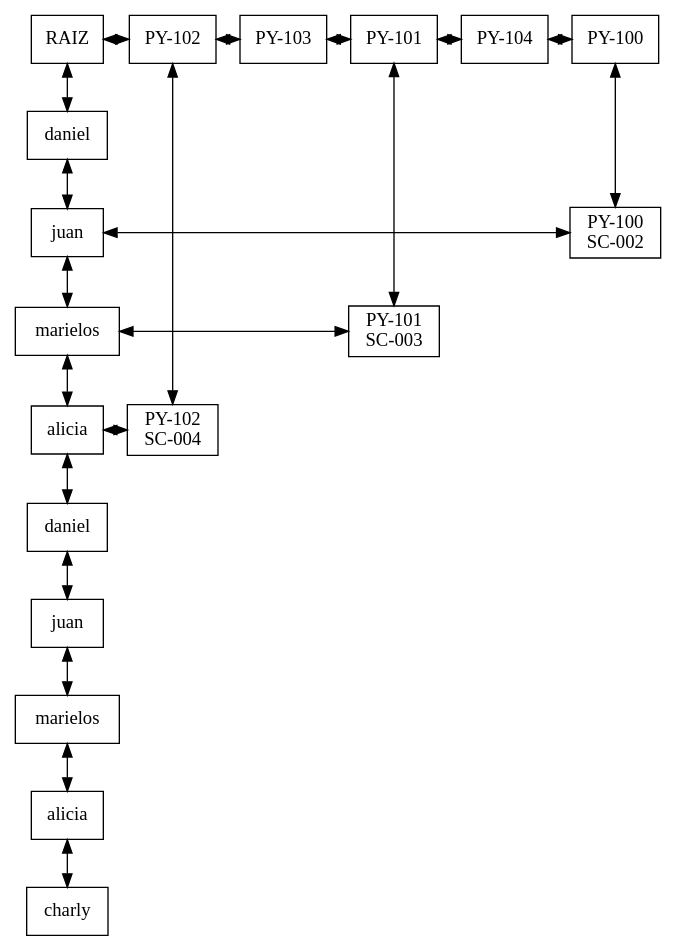
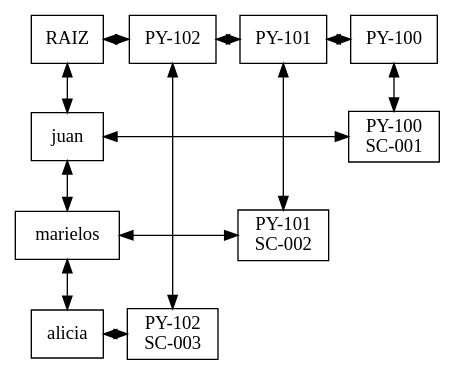
The diagram in EDD_PY1_FASE1/matriz.dot (DDanielABF/EDD_2S2023_PY1_202004783), drawn with Graphviz before and after one commit. The commit also changed 18 other files, not shown here.

```diff
--- a/EDD_PY1_FASE1/matriz.dot
+++ b/EDD_PY1_FASE1/matriz.dot
@@ -1,62 +1,34 @@
 digraph MatrizCapa{ 
  node[shape=box] 
  rankdir=UD;
 {rank=same; 
-nodo0xef1c50[label="RAIZ\n" ,group=0]; 
-nodo0xef6610[label="PY-102" ,group=1]; 
-nodo0xef6660[label="PY-103" ,group=2]; 
-nodo0xef66b0[label="PY-101" ,group=3]; 
-nodo0xef6700[label="PY-104" ,group=4]; 
-nodo0xef6750[label="PY-100" ,group=5]; 
+nodo0x711c50[label="RAIZ\n" ,group=0]; 
+nodo0x711eb0[label="PY-102" ,group=1]; 
+nodo0x7166f0[label="PY-101" ,group=2]; 
+nodo0x716740[label="PY-100" ,group=3]; 
 } 
 {rank=same; 
-nodo0xef67a0[label="daniel" ,group=0]; 
+nodo0x716790[label="juan" ,group=0]; 
+nodo0x716880[label="PY-100\nSC-001" ,group=3]; 
 } 
 {rank=same; 
-nodo0xef6a60[label="juan" ,group=0]; 
-nodo0xef6b50[label="PY-100\nSC-002" ,group=5]; 
+nodo0x7167e0[label="marielos" ,group=0]; 
+nodo0x7168d0[label="PY-101\nSC-002" ,group=2]; 
 } 
 {rank=same; 
-nodo0xef6ab0[label="marielos" ,group=0]; 
-nodo0xef71e0[label="PY-101\nSC-003" ,group=3]; 
+nodo0x716830[label="alicia" ,group=0]; 
+nodo0x716920[label="PY-102\nSC-003" ,group=1]; 
 } 
-{rank=same; 
-nodo0xef6b00[label="alicia" ,group=0]; 
-nodo0xef6ce0[label="PY-102\nSC-004" ,group=1]; 
+nodo0x711c50 -> nodo0x711eb0 [dir=both];
+nodo0x711eb0 -> nodo0x7166f0 [dir=both];
+nodo0x7166f0 -> nodo0x716740 [dir=both];
+nodo0x716790 -> nodo0x716880 [dir=both];
+nodo0x7167e0 -> nodo0x7168d0 [dir=both];
+nodo0x716830 -> nodo0x716920 [dir=both];
+nodo0x711c50 -> nodo0x716790 [dir=both];
+nodo0x716790 -> nodo0x7167e0 [dir=both];
+nodo0x7167e0 -> nodo0x716830 [dir=both];
+nodo0x711eb0 -> nodo0x716920 [dir=both];
+nodo0x7166f0 -> nodo0x7168d0 [dir=both];
+nodo0x716740 -> nodo0x716880 [dir=both];
 } 
-{rank=same; 
-nodo0xef70a0[label="daniel" ,group=0]; 
-} 
-{rank=same; 
-nodo0xef6bf0[label="juan" ,group=0]; 
-} 
-{rank=same; 
-nodo0xef70f0[label="marielos" ,group=0]; 
-} 
-{rank=same; 
-nodo0xef6ec0[label="alicia" ,group=0]; 
-} 
-{rank=same; 
-nodo0xef6f10[label="charly" ,group=0]; 
-} 
-nodo0xef1c50 -> nodo0xef6610 [dir=both];
-nodo0xef6610 -> nodo0xef6660 [dir=both];
-nodo0xef6660 -> nodo0xef66b0 [dir=both];
-nodo0xef66b0 -> nodo0xef6700 [dir=both];
-nodo0xef6700 -> nodo0xef6750 [dir=both];
-nodo0xef6a60 -> nodo0xef6b50 [dir=both];
-nodo0xef6ab0 -> nodo0xef71e0 [dir=both];
-nodo0xef6b00 -> nodo0xef6ce0 [dir=both];
-nodo0xef1c50 -> nodo0xef67a0 [dir=both];
-nodo0xef67a0 -> nodo0xef6a60 [dir=both];
-nodo0xef6a60 -> nodo0xef6ab0 [dir=both];
-nodo0xef6ab0 -> nodo0xef6b00 [dir=both];
-nodo0xef6b00 -> nodo0xef70a0 [dir=both];
-nodo0xef70a0 -> nodo0xef6bf0 [dir=both];
-nodo0xef6bf0 -> nodo0xef70f0 [dir=both];
-nodo0xef70f0 -> nodo0xef6ec0 [dir=both];
-nodo0xef6ec0 -> nodo0xef6f10 [dir=both];
-nodo0xef6610 -> nodo0xef6ce0 [dir=both];
-nodo0xef66b0 -> nodo0xef71e0 [dir=both];
-nodo0xef6750 -> nodo0xef6b50 [dir=both];
-} 
```
